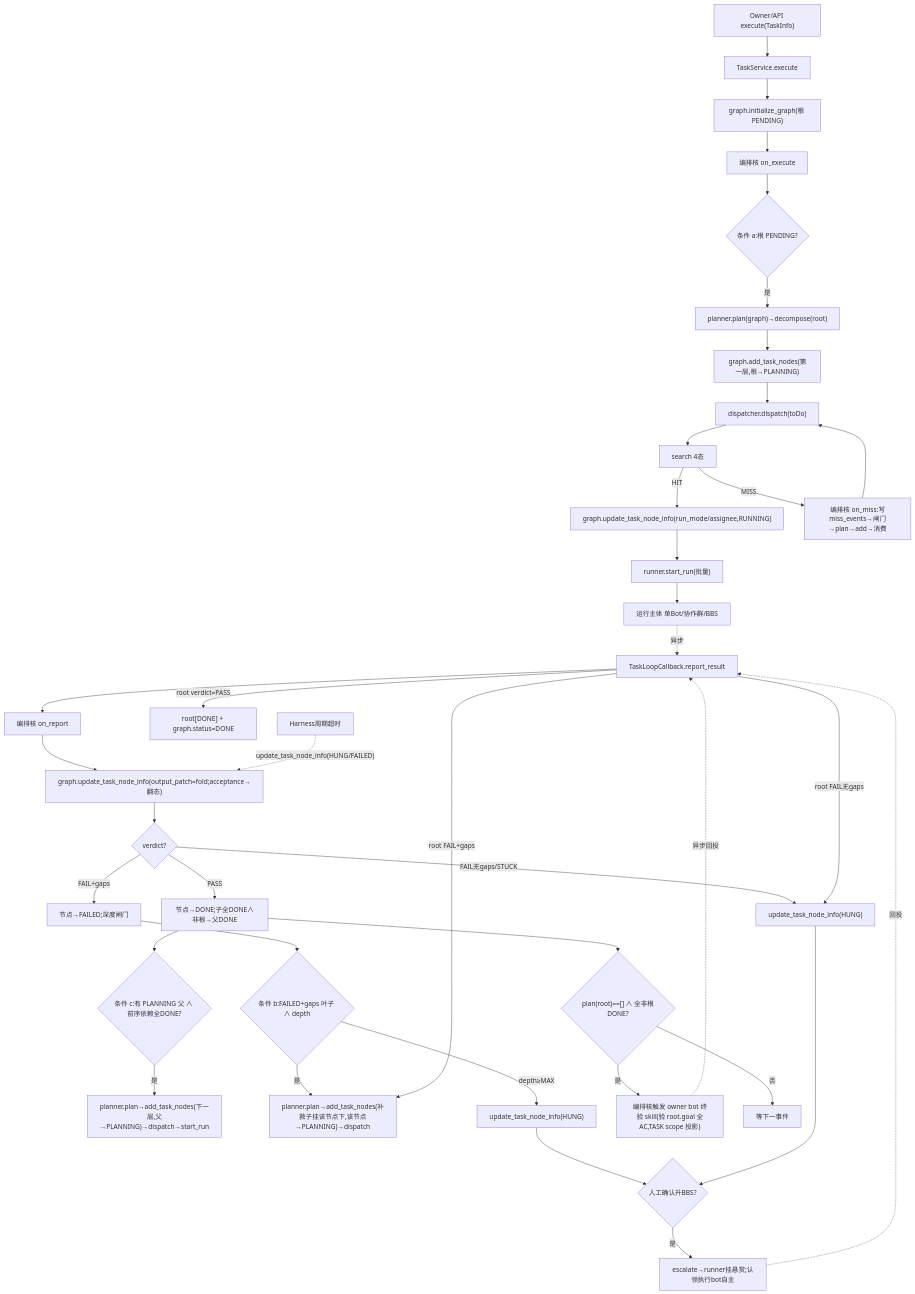
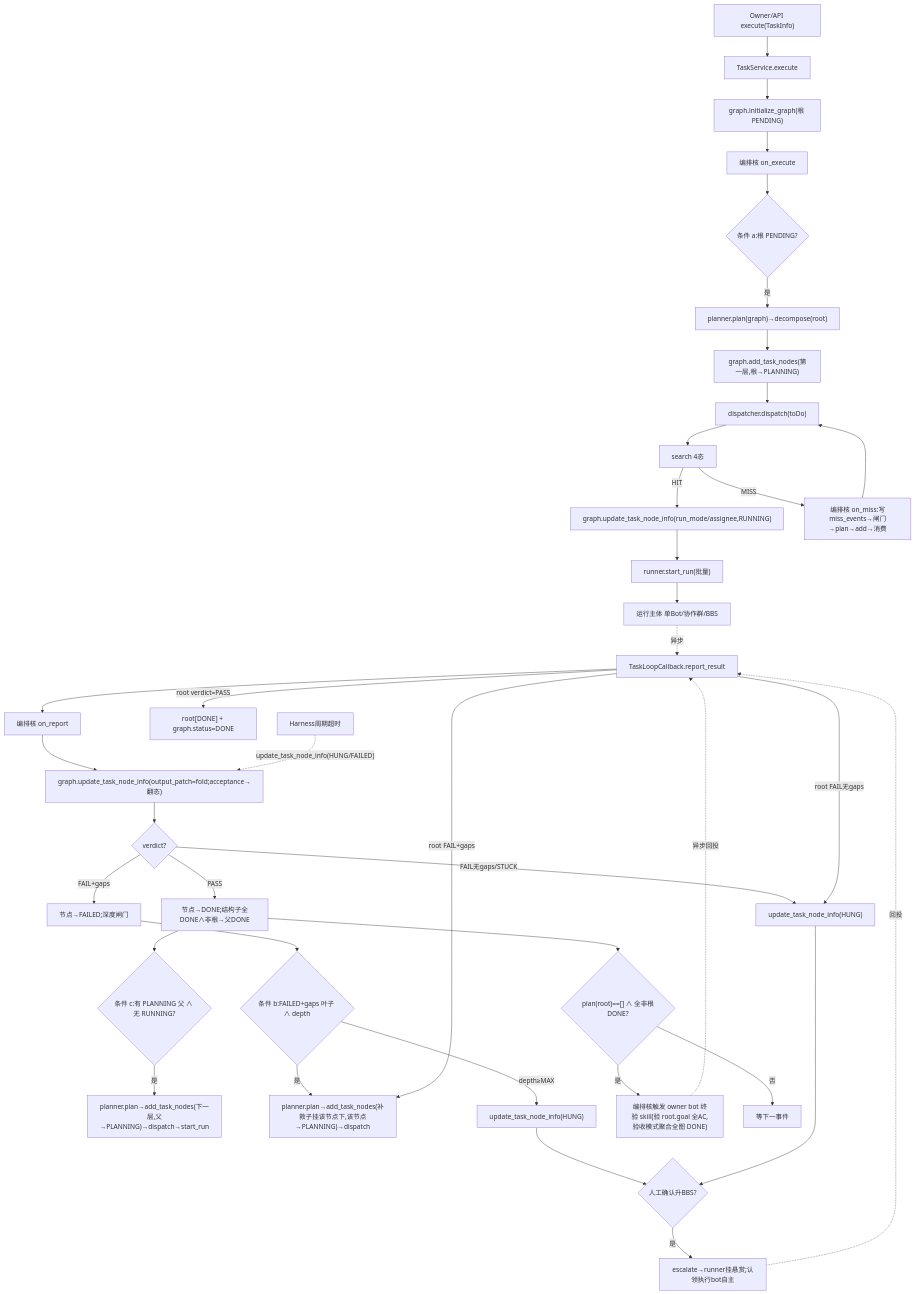
Before and after one commit to inclusionAI/Avernet: the first of 2 diagrams in specs/2026-08-09-task-goal-driven-execution-framework/plan.md, drawn with Mermaid. The commit also changed other lines of this file and 2 other files, not shown here.

First line of the commit message:
docs(task): apply goal-driven spec triad review fixes (B2/B3/B4/C1)

````diff
--- a/specs/2026-08-09-task-goal-driven-execution-framework/plan.md
+++ b/specs/2026-08-09-task-goal-driven-execution-framework/plan.md
@@ -413,40 +412,40 @@
 ```mermaid
 flowchart TD
     ExecEvt["Owner/API execute(TaskInfo)"] --> TS["TaskService.execute"]
     TS --> IG["graph.initialize_graph(根 PENDING)"]
     IG --> ORC1["编排核 on_execute"]
     ORC1 --> CONDA{"条件 a:根 PENDING?"}
     CONDA -- 是 --> PLAN1["planner.plan(graph)→decompose(root)"]
     PLAN1 --> ADD1["graph.add_task_nodes(第一层,根→PLANNING)"]
     ADD1 --> DISP["dispatcher.dispatch(toDo)"]
     DISP --> SEARCH["search 4态"]
     SEARCH -- HIT --> PATCH1["graph.update_task_node_info(run_mode/assignee,RUNNING)"]
     SEARCH -- MISS --> MISS["编排核 on_miss:写miss_events→闸门→plan→add→消费"]
     MISS --> DISP
     PATCH1 --> RUN["runner.start_run(批量)"]
     RUN --> X["运行主体 单Bot/协作群/BBS"]
     X -.异步.-> CB["TaskLoopCallback.report_result"]
     CB --> ORC2["编排核 on_report"]
     ORC2 --> PATCH2["graph.update_task_node_info(output_patch=fold;acceptance→翻态)"]
     PATCH2 --> VERDICT{"verdict?"}
-    VERDICT -- "PASS" --> DONE1["节点→DONE;子全DONE∧非根→父DONE"]
-    DONE1 --> CONDC{"条件 c:有 PLANNING 父 ∧ 前序依赖全DONE?"}
+    VERDICT -- "PASS" --> DONE1["节点→DONE;结构子全DONE∧非根→父DONE"]
+    DONE1 --> CONDC{"条件 c:有 PLANNING 父 ∧ 无 RUNNING?"}
     CONDC -- 是 --> PLAN2["planner.plan→add_task_nodes(下一层,父→PLANNING)→dispatch→start_run"]
     VERDICT -- "FAIL+gaps" --> FAIL1["节点→FAILED;深度闸门"]
     FAIL1 --> CONDB{"条件 b:FAILED+gaps 叶子 ∧ depth<MAX?"}
     CONDB -- 是 --> PLAN3["planner.plan→add_task_nodes(补救子挂该节点下,该节点→PLANNING)→dispatch"]
     CONDB -- "depth≥MAX" --> HUNG1["update_task_node_info(HUNG)"]
     VERDICT -- "FAIL无gaps/STUCK" --> HUNG2["update_task_node_info(HUNG)"]
     HUNG1 --> BBSGATE{"人工确认升BBS?"}
     HUNG2 --> BBSGATE
     BBSGATE -- 是 --> BBS["escalate→runner挂悬赏;认领执行bot自主"]
     BBS -.回投.-> CB
     DONE1 --> FINAL{"plan(root)==[] ∧ 全非根DONE?"}
-    FINAL -- 是 --> VERIFY["编排核触发 owner bot 终验 skill(验 root.goal 全AC,TASK scope 投影)"]
+    FINAL -- 是 --> VERIFY["编排核触发 owner bot 终验 skill(验 root.goal 全AC,验收模式聚合全图 DONE)"]
     VERIFY -.异步回投.-> CB
     FINAL -- 否 --> WAIT["等下一事件"]
     CB -- "root verdict=PASS" --> ENDDONE["root[DONE] + graph.status=DONE"]
     CB -- "root FAIL+gaps" --> PLAN3
     CB -- "root FAIL无gaps" --> HUNG2
     HarnessEvt["Harness周期超时"] -.->|"update_task_node_info(HUNG/FAILED)"| PATCH2
 ```
````
